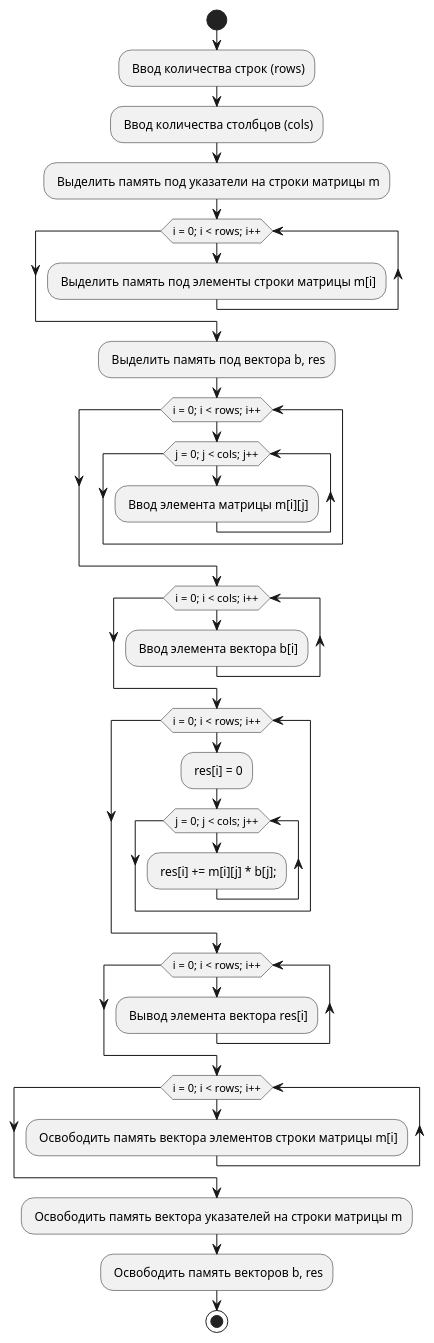
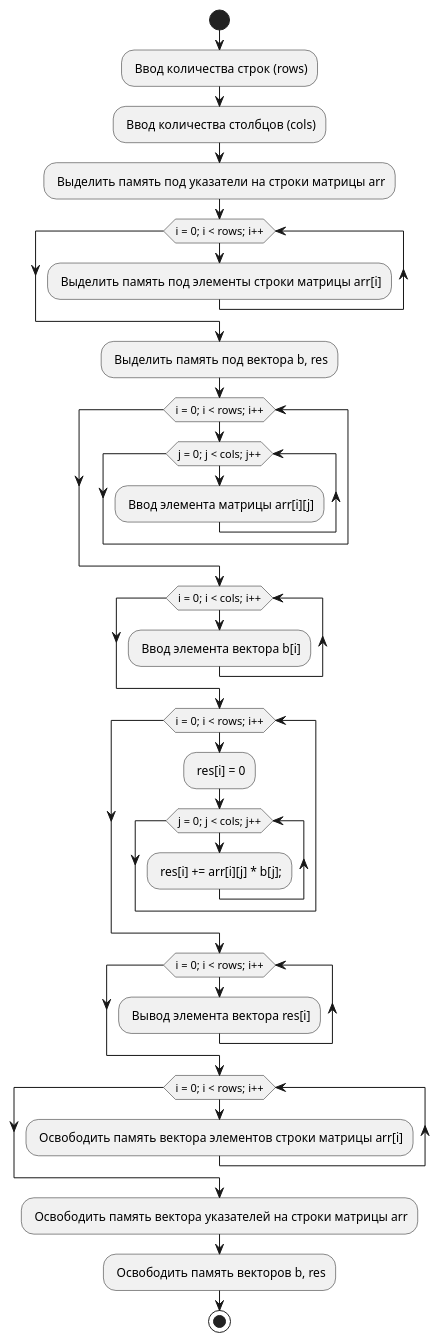
The diagram in uml/06-2-2darray-dyn.puml (ermakov0/ivt-cpp), drawn with PlantUML before and after one commit. The commit also changed 14 other files, not shown here.

```diff
--- a/uml/06-2-2darray-dyn.puml
+++ b/uml/06-2-2darray-dyn.puml
@@ -1,38 +1,38 @@
 @startuml 06-2-2darray-dyn
 start
 - Ввод количества строк (rows)
 - Ввод количества столбцов (cols)
 
-- Выделить память под указатели на строки матрицы m
+- Выделить память под указатели на строки матрицы arr
 while (i = 0; i < rows; i++)
-    - Выделить память под элементы строки матрицы m[i]
+    - Выделить память под элементы строки матрицы arr[i]
 endwhile
 - Выделить память под вектора b, res
 
 while (i = 0; i < rows; i++)
     while (j = 0; j < cols; j++)
-        - Ввод элемента матрицы m[i][j]
+        - Ввод элемента матрицы arr[i][j]
     endwhile
 endwhile
 while (i = 0; i < cols; i++)
     - Ввод элемента вектора b[i]
 endwhile
 
 while (i = 0; i < rows; i++)
     - res[i] = 0
     while (j = 0; j < cols; j++)
-        - res[i] += m[i][j] * b[j];
+        - res[i] += arr[i][j] * b[j];
     endwhile
 endwhile
 
 while (i = 0; i < rows; i++)
     - Вывод элемента вектора res[i]
 endwhile
 
 while (i = 0; i < rows; i++)
-    - Освободить память вектора элементов строки матрицы m[i]
+    - Освободить память вектора элементов строки матрицы arr[i]
 endwhile
-- Освободить память вектора указателей на строки матрицы m
+- Освободить память вектора указателей на строки матрицы arr
 - Освободить память векторов b, res
 stop
 @enduml
```
